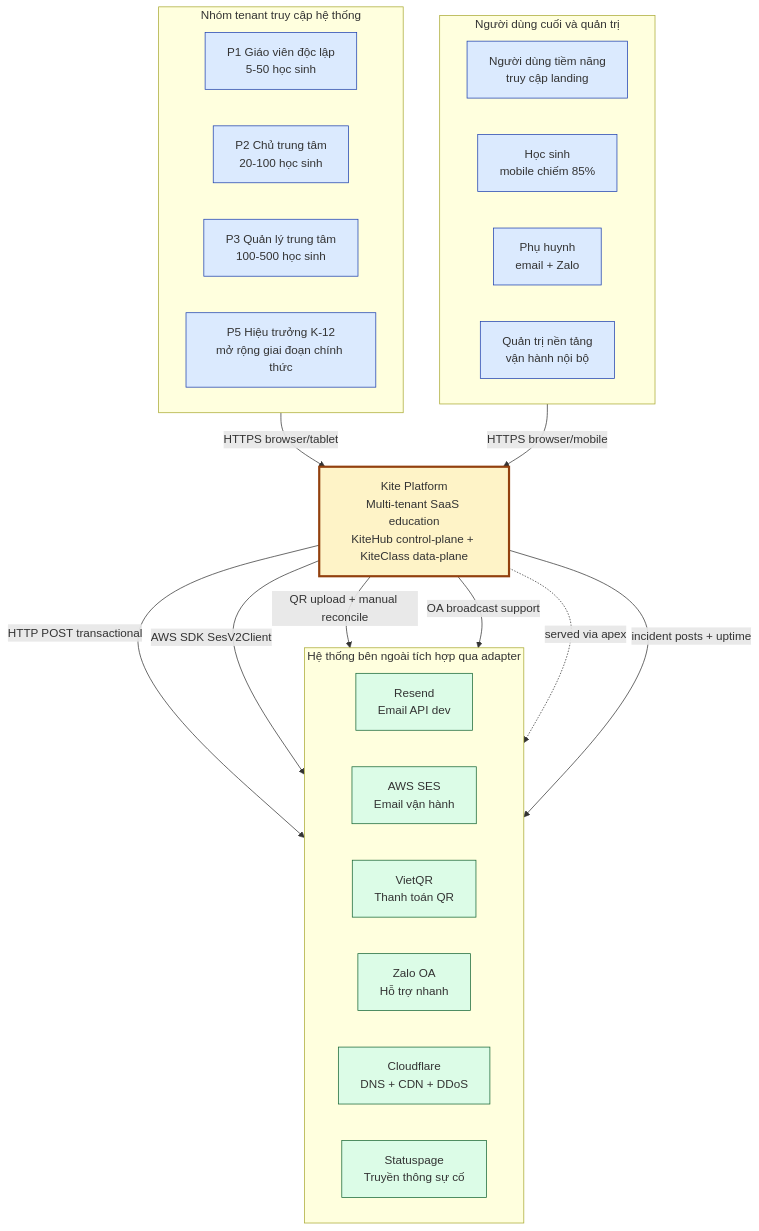
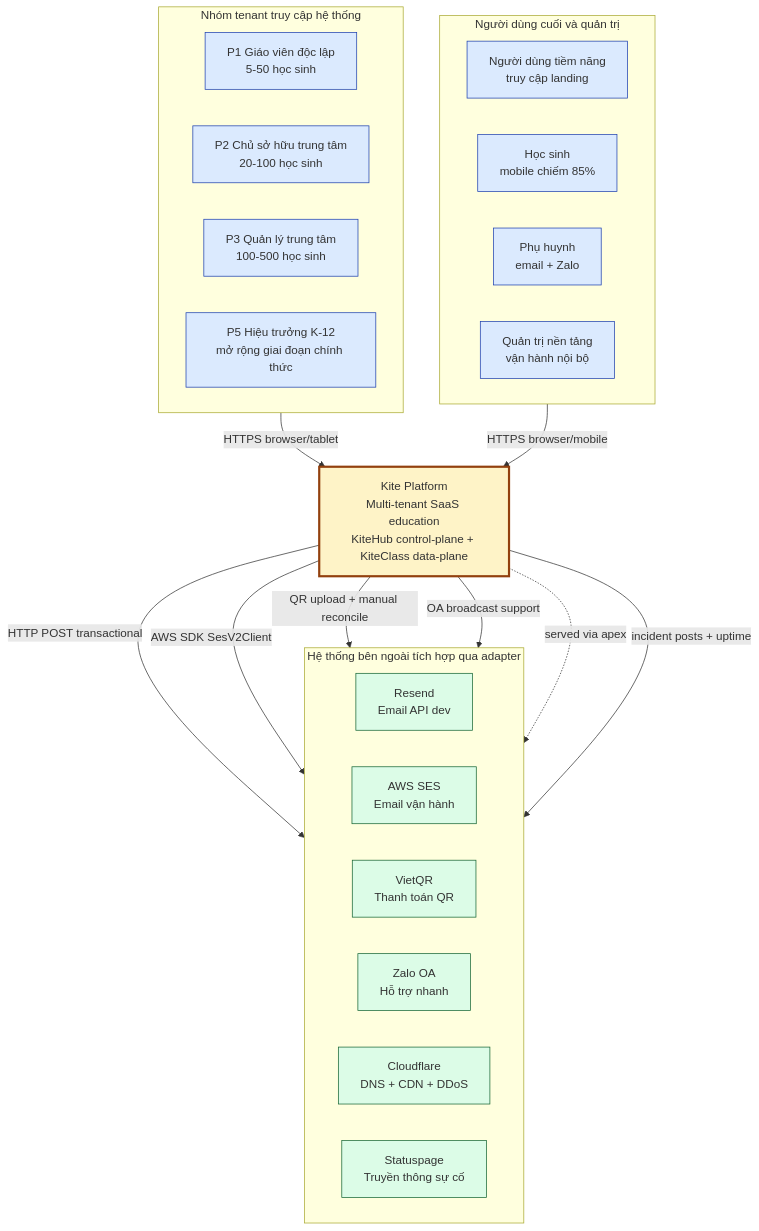
One commit to VictorAurelius/2026-Kite-Class-Platform changed the first of 12 diagrams in documents/08-thesis/chapter-2-system-architecture.md. Above: the diagram before and after it, drawn with Mermaid. The commit also changed other lines of this file and 7 other files, not shown here.

First line of the commit message:
docs(thesis): 'chủ trung tâm' → 'chủ sở hữu trung tâm' (formal, giữ nghĩa Owner)

````diff
--- a/documents/08-thesis/chapter-2-system-architecture.md
+++ b/documents/08-thesis/chapter-2-system-architecture.md
@@ -195,47 +195,47 @@
 ```mermaid
 flowchart TB
     subgraph tenants [Nhóm tenant truy cập hệ thống]
         direction LR
         P1[P1 Giáo viên độc lập<br/>5-50 học sinh]
-        P2[P2 Chủ trung tâm<br/>20-100 học sinh]
+        P2[P2 Chủ sở hữu trung tâm<br/>20-100 học sinh]
         P3[P3 Quản lý trung tâm<br/>100-500 học sinh]
         P5[P5 Hiệu trưởng K-12<br/>mở rộng giai đoạn chính thức]
     end
 
     subgraph endusers [Người dùng cuối và quản trị]
         direction LR
         Vy[Người dùng tiềm năng<br/>truy cập landing]
         Student[Học sinh<br/>mobile chiếm 85%]
         Parent[Phụ huynh<br/>email + Zalo]
         Admin[Quản trị nền tảng<br/>vận hành nội bộ]
     end
 
     Kite[Kite Platform<br/>Multi-tenant SaaS education<br/>KiteHub control-plane + KiteClass data-plane]
 
     subgraph ext [Hệ thống bên ngoài tích hợp qua adapter]
         direction LR
         Resend[Resend<br/>Email API dev]
         SES[AWS SES<br/>Email vận hành]
         VietQR[VietQR<br/>Thanh toán QR]
         Zalo[Zalo OA<br/>Hỗ trợ nhanh]
         CF[Cloudflare<br/>DNS + CDN + DDoS]
         Status[Statuspage<br/>Truyền thông sự cố]
     end
 
     tenants -->|HTTPS browser/tablet| Kite
     endusers -->|HTTPS browser/mobile| Kite
 
     Kite -->|HTTP POST transactional| Resend
     Kite -->|AWS SDK SesV2Client| SES
     Kite -->|QR upload + manual reconcile| VietQR
     Kite -->|OA broadcast support| Zalo
     Kite -.->|served via apex| CF
     Kite -->|incident posts + uptime| Status
 
     classDef actor fill:#dbeafe,stroke:#1e40af
     classDef system fill:#fef3c7,stroke:#92400e,stroke-width:3px
     classDef external fill:#dcfce7,stroke:#166534
     class P1,P2,P3,P5,Vy,Admin,Student,Parent actor
     class Kite system
     class Resend,SES,VietQR,Zalo,CF,Status external
 ```
````
